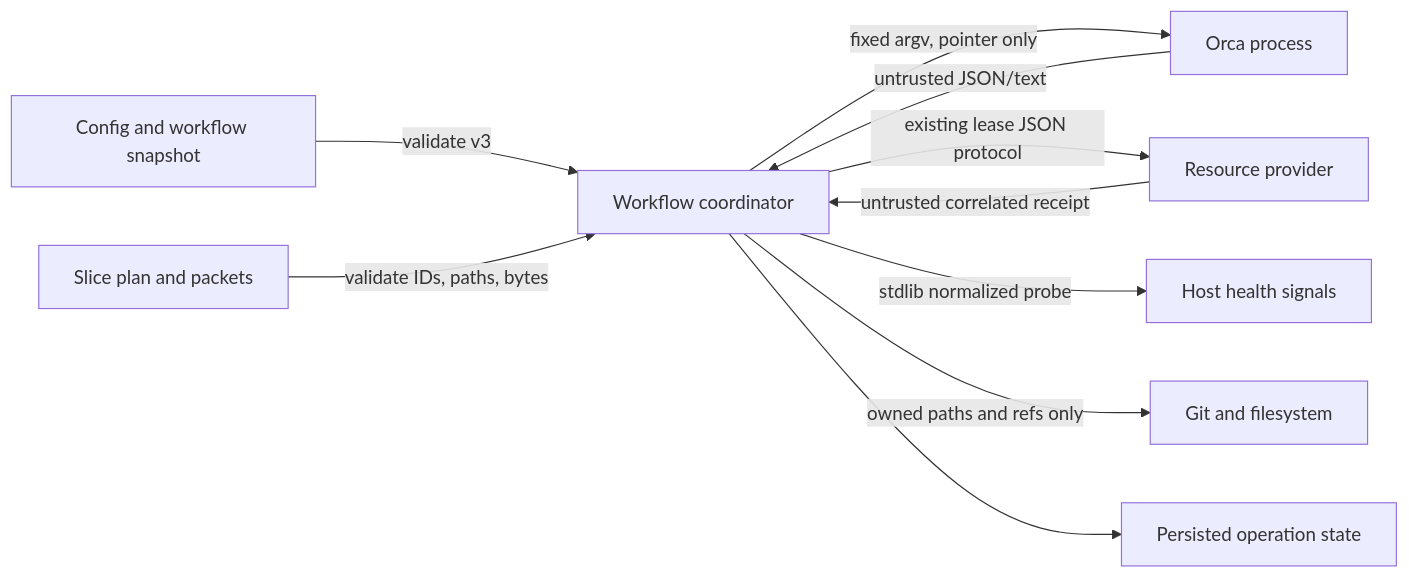
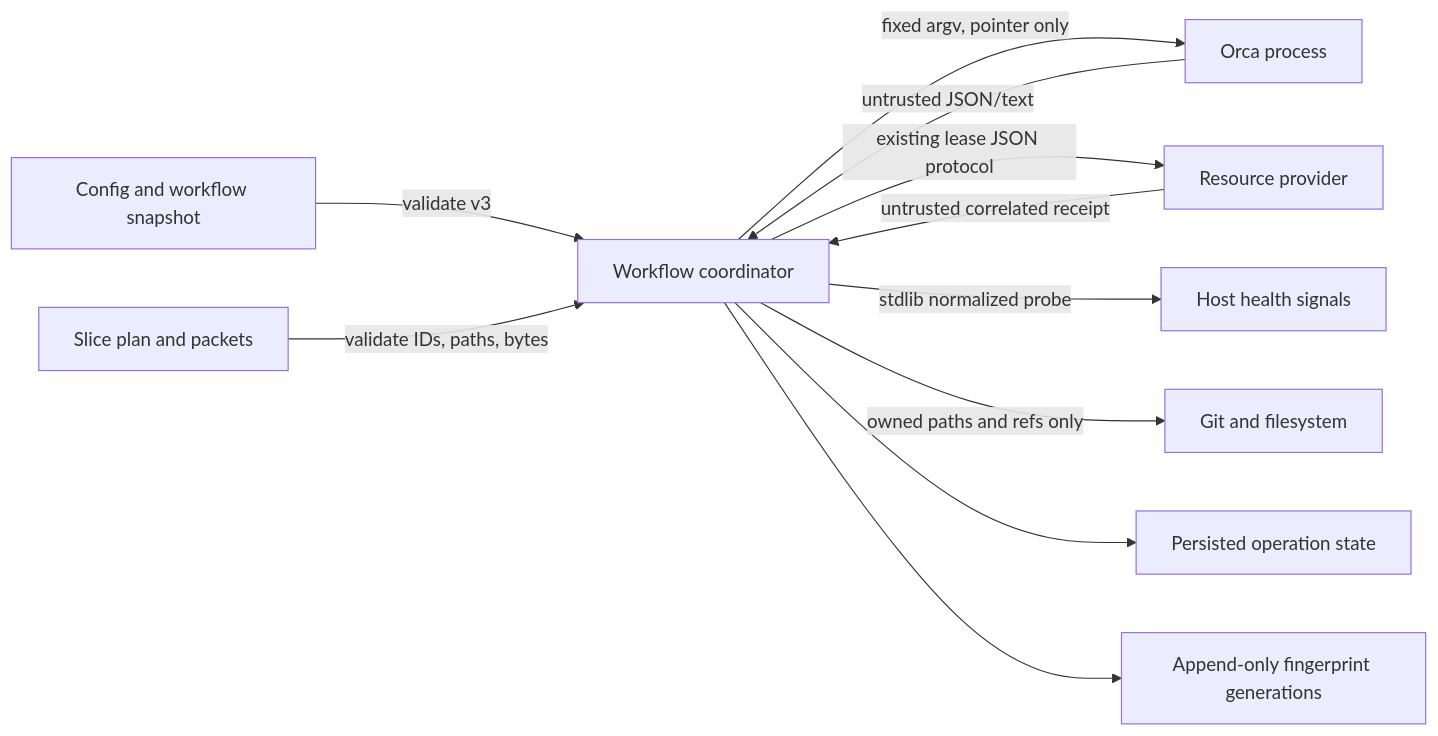
One commit to antoniofulg/my-workflow changed the diagram in .specs/features/hybrid-slice-execution/threat-model.md. Above: the diagram before and after it, drawn with Mermaid. The commit also changed other lines of this file and 9 other files, not shown here.

````diff
--- a/.specs/features/hybrid-slice-execution/threat-model.md
+++ b/.specs/features/hybrid-slice-execution/threat-model.md
@@ -43,12 +44,13 @@
 ```mermaid
 flowchart LR
     Config[Config and workflow snapshot] -->|validate v3| Core[Workflow coordinator]
     Plan[Slice plan and packets] -->|validate IDs, paths, bytes| Core
     Core -->|fixed argv, pointer only| Orca[Orca process]
     Orca -->|untrusted JSON/text| Core
     Core -->|existing lease JSON protocol| Provider[Resource provider]
     Provider -->|untrusted correlated receipt| Core
     Core -->|stdlib normalized probe| Host[Host health signals]
     Core -->|owned paths and refs only| Git[Git and filesystem]
     Core --> State[Persisted operation state]
+    Core --> Audit[Append-only fingerprint generations]
 ```
````
